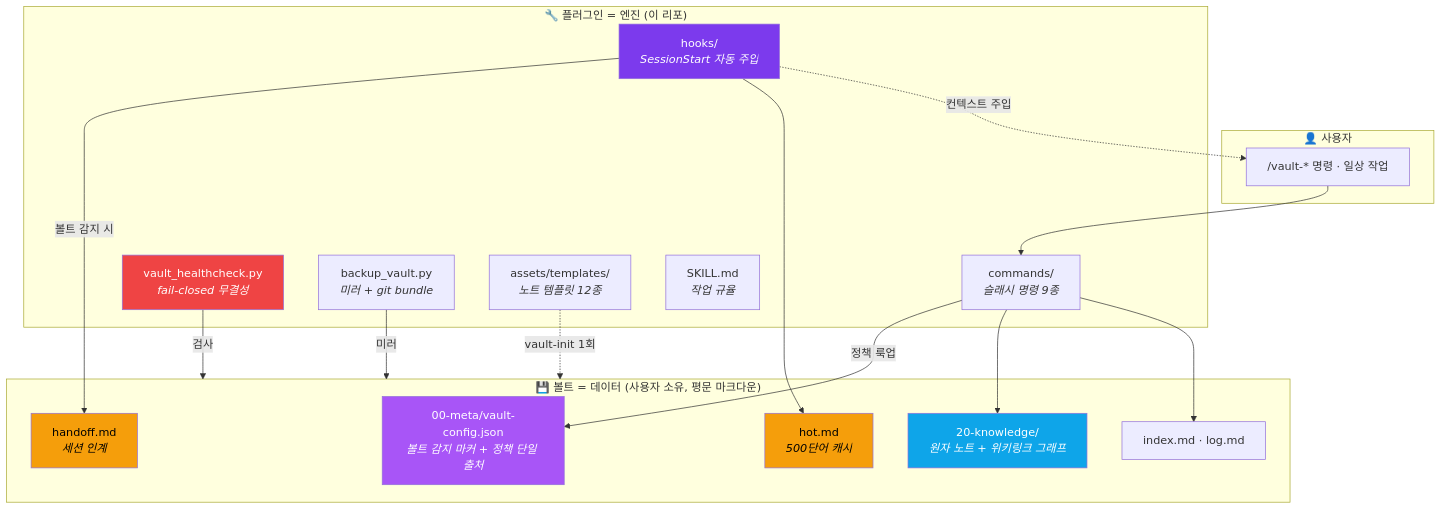
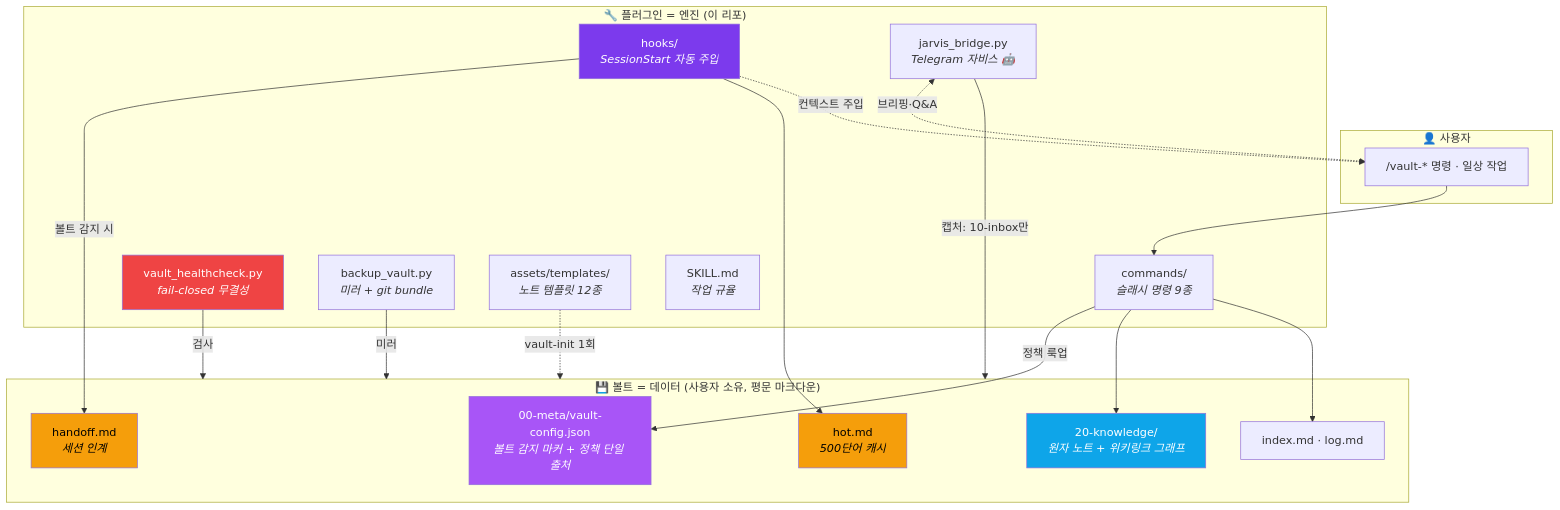
One commit to Technoetic/agentic-vault changed the second of 5 diagrams in README.md. Above: the diagram before and after it, drawn with Mermaid. The commit also changed other lines of this file, not shown here.

Commit message:
docs: English summary에 Jarvis 계층 반영(8→9 commands) + 아키텍처 다이어그램에 브리지 노드 추가

````diff
--- a/README.md
+++ b/README.md
@@ -95,41 +95,44 @@
 ```mermaid
 flowchart TB
     subgraph user["👤 사용자"]
         U["/vault-* 명령 · 일상 작업"]
     end
 
     subgraph plugin["🔧 플러그인 = 엔진 (이 리포)"]
         CMD["commands/<br/><i>슬래시 명령 9종</i>"]
         HOOK["hooks/<br/><i>SessionStart 자동 주입</i>"]
         HC["vault_healthcheck.py<br/><i>fail-closed 무결성</i>"]
         BK["backup_vault.py<br/><i>미러 + git bundle</i>"]
+        JB["jarvis_bridge.py<br/><i>Telegram 자비스 🤖</i>"]
         TPL["assets/templates/<br/><i>노트 템플릿 12종</i>"]
         SK["SKILL.md<br/><i>작업 규율</i>"]
     end
 
     subgraph vault["💾 볼트 = 데이터 (사용자 소유, 평문 마크다운)"]
         CFG["00-meta/vault-config.json<br/><i>볼트 감지 마커 + 정책 단일 출처</i>"]
         HOT["hot.md<br/><i>500단어 캐시</i>"]
         HND["handoff.md<br/><i>세션 인계</i>"]
         IDX["index.md · log.md"]
         KNW["20-knowledge/<br/><i>원자 노트 + 위키링크 그래프</i>"]
     end
 
     U --> CMD
     TPL -.vault-init 1회.-> vault
     CMD -->|정책 룩업| CFG
     CMD --> KNW
     CMD --> IDX
     HOOK -->|볼트 감지 시| HND
     HOOK --> HOT
     HOOK -.컨텍스트 주입.-> U
     HC -->|검사| vault
     BK -->|미러| vault
+    JB -->|캡처: 10-inbox만| vault
+    JB <-.->|브리핑·Q&A| U
 
     style CFG fill:#A855F7,color:#fff
     style HOOK fill:#7C3AED,color:#fff
     style HC fill:#EF4444,color:#fff
     style HOT fill:#F59E0B,color:#000
     style HND fill:#F59E0B,color:#000
     style KNW fill:#0EA5E9,color:#fff
 ```
````
